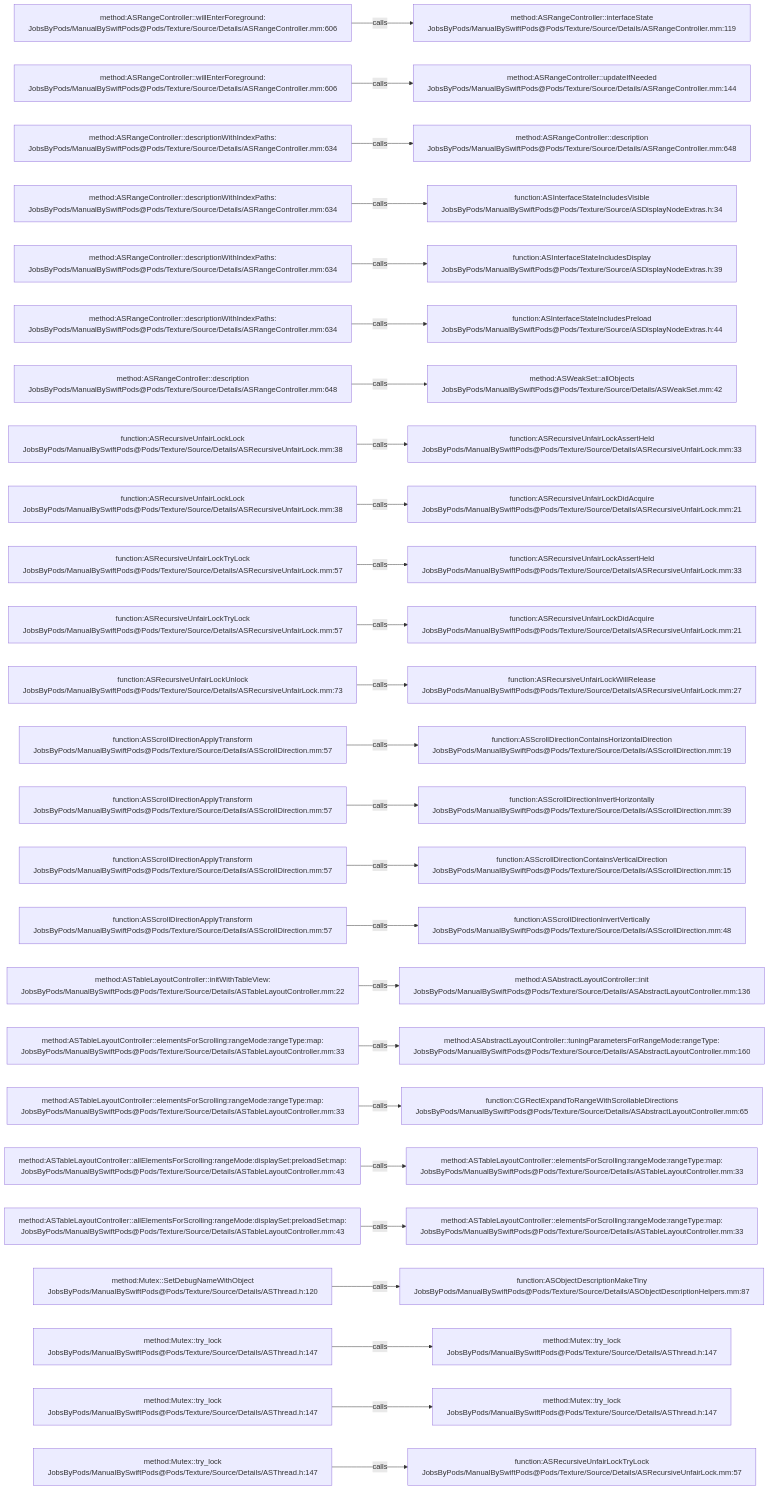
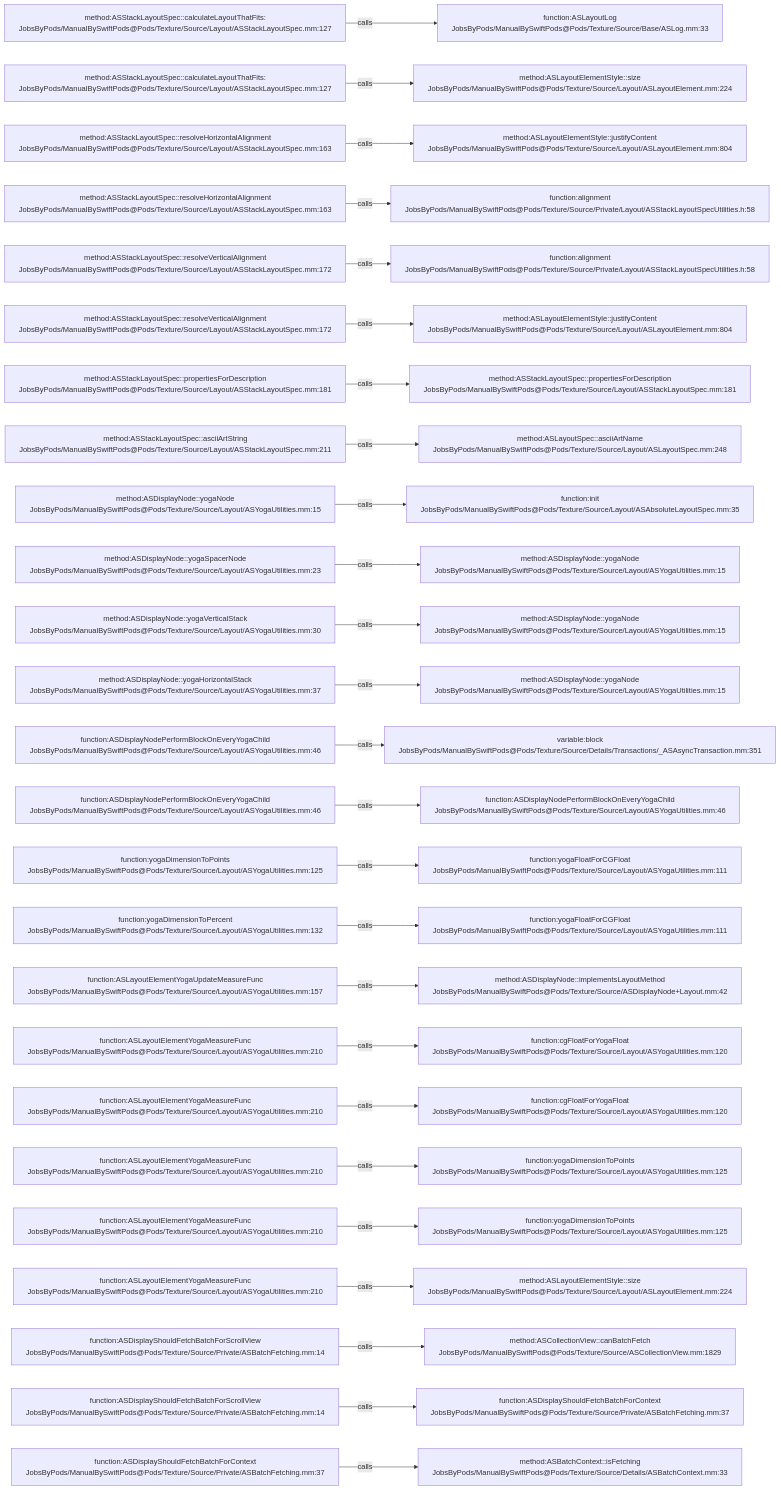
The diagram in .codegraph/codegraph.md/graphs/calls-114.md (JobsKits/JobsSwiftBaseConfigDemo), drawn with Mermaid before and after one commit. The commit also changed 832 other files, not shown here.

````diff
--- a/.codegraph/codegraph.md/graphs/calls-114.md
+++ b/.codegraph/codegraph.md/graphs/calls-114.md
@@ -13,78 +13,78 @@
 ```mermaid
 flowchart LR
-  S1["method:ASRangeController::willEnterForeground:<br/>JobsByPods/ManualBySwiftPods@Pods/Texture/Source/Details/ASRangeController.mm:606"]
-  T1["method:ASRangeController::interfaceState<br/>JobsByPods/ManualBySwiftPods@Pods/Texture/Source/Details/ASRangeController.mm:119"]
+  S1["method:ASStackLayoutSpec::calculateLayoutThatFits:<br/>JobsByPods/ManualBySwiftPods@Pods/Texture/Source/Layout/ASStackLayoutSpec.mm:127"]
+  T1["function:ASLayoutLog<br/>JobsByPods/ManualBySwiftPods@Pods/Texture/Source/Base/ASLog.mm:33"]
   S1 -->|calls| T1
-  S2["method:ASRangeController::willEnterForeground:<br/>JobsByPods/ManualBySwiftPods@Pods/Texture/Source/Details/ASRangeController.mm:606"]
-  T2["method:ASRangeController::updateIfNeeded<br/>JobsByPods/ManualBySwiftPods@Pods/Texture/Source/Details/ASRangeController.mm:144"]
+  S2["method:ASStackLayoutSpec::calculateLayoutThatFits:<br/>JobsByPods/ManualBySwiftPods@Pods/Texture/Source/Layout/ASStackLayoutSpec.mm:127"]
+  T2["method:ASLayoutElementStyle::size<br/>JobsByPods/ManualBySwiftPods@Pods/Texture/Source/Layout/ASLayoutElement.mm:224"]
   S2 -->|calls| T2
-  S3["method:ASRangeController::descriptionWithIndexPaths:<br/>JobsByPods/ManualBySwiftPods@Pods/Texture/Source/Details/ASRangeController.mm:634"]
-  T3["method:ASRangeController::description<br/>JobsByPods/ManualBySwiftPods@Pods/Texture/Source/Details/ASRangeController.mm:648"]
+  S3["method:ASStackLayoutSpec::resolveHorizontalAlignment<br/>JobsByPods/ManualBySwiftPods@Pods/Texture/Source/Layout/ASStackLayoutSpec.mm:163"]
+  T3["method:ASLayoutElementStyle::justifyContent<br/>JobsByPods/ManualBySwiftPods@Pods/Texture/Source/Layout/ASLayoutElement.mm:804"]
   S3 -->|calls| T3
-  S4["method:ASRangeController::descriptionWithIndexPaths:<br/>JobsByPods/ManualBySwiftPods@Pods/Texture/Source/Details/ASRangeController.mm:634"]
-  T4["function:ASInterfaceStateIncludesVisible<br/>JobsByPods/ManualBySwiftPods@Pods/Texture/Source/ASDisplayNodeExtras.h:34"]
+  S4["method:ASStackLayoutSpec::resolveHorizontalAlignment<br/>JobsByPods/ManualBySwiftPods@Pods/Texture/Source/Layout/ASStackLayoutSpec.mm:163"]
+  T4["function:alignment<br/>JobsByPods/ManualBySwiftPods@Pods/Texture/Source/Private/Layout/ASStackLayoutSpecUtilities.h:58"]
   S4 -->|calls| T4
-  S5["method:ASRangeController::descriptionWithIndexPaths:<br/>JobsByPods/ManualBySwiftPods@Pods/Texture/Source/Details/ASRangeController.mm:634"]
-  T5["function:ASInterfaceStateIncludesDisplay<br/>JobsByPods/ManualBySwiftPods@Pods/Texture/Source/ASDisplayNodeExtras.h:39"]
+  S5["method:ASStackLayoutSpec::resolveVerticalAlignment<br/>JobsByPods/ManualBySwiftPods@Pods/Texture/Source/Layout/ASStackLayoutSpec.mm:172"]
+  T5["function:alignment<br/>JobsByPods/ManualBySwiftPods@Pods/Texture/Source/Private/Layout/ASStackLayoutSpecUtilities.h:58"]
   S5 -->|calls| T5
-  S6["method:ASRangeController::descriptionWithIndexPaths:<br/>JobsByPods/ManualBySwiftPods@Pods/Texture/Source/Details/ASRangeController.mm:634"]
-  T6["function:ASInterfaceStateIncludesPreload<br/>JobsByPods/ManualBySwiftPods@Pods/Texture/Source/ASDisplayNodeExtras.h:44"]
+  S6["method:ASStackLayoutSpec::resolveVerticalAlignment<br/>JobsByPods/ManualBySwiftPods@Pods/Texture/Source/Layout/ASStackLayoutSpec.mm:172"]
+  T6["method:ASLayoutElementStyle::justifyContent<br/>JobsByPods/ManualBySwiftPods@Pods/Texture/Source/Layout/ASLayoutElement.mm:804"]
   S6 -->|calls| T6
-  S7["method:ASRangeController::description<br/>JobsByPods/ManualBySwiftPods@Pods/Texture/Source/Details/ASRangeController.mm:648"]
-  T7["method:ASWeakSet::allObjects<br/>JobsByPods/ManualBySwiftPods@Pods/Texture/Source/Details/ASWeakSet.mm:42"]
+  S7["method:ASStackLayoutSpec::propertiesForDescription<br/>JobsByPods/ManualBySwiftPods@Pods/Texture/Source/Layout/ASStackLayoutSpec.mm:181"]
+  T7["method:ASStackLayoutSpec::propertiesForDescription<br/>JobsByPods/ManualBySwiftPods@Pods/Texture/Source/Layout/ASStackLayoutSpec.mm:181"]
   S7 -->|calls| T7
-  S8["function:ASRecursiveUnfairLockLock<br/>JobsByPods/ManualBySwiftPods@Pods/Texture/Source/Details/ASRecursiveUnfairLock.mm:38"]
-  T8["function:ASRecursiveUnfairLockAssertHeld<br/>JobsByPods/ManualBySwiftPods@Pods/Texture/Source/Details/ASRecursiveUnfairLock.mm:33"]
+  S8["method:ASStackLayoutSpec::asciiArtString<br/>JobsByPods/ManualBySwiftPods@Pods/Texture/Source/Layout/ASStackLayoutSpec.mm:211"]
+  T8["method:ASLayoutSpec::asciiArtName<br/>JobsByPods/ManualBySwiftPods@Pods/Texture/Source/Layout/ASLayoutSpec.mm:248"]
   S8 -->|calls| T8
-  S9["function:ASRecursiveUnfairLockLock<br/>JobsByPods/ManualBySwiftPods@Pods/Texture/Source/Details/ASRecursiveUnfairLock.mm:38"]
-  T9["function:ASRecursiveUnfairLockDidAcquire<br/>JobsByPods/ManualBySwiftPods@Pods/Texture/Source/Details/ASRecursiveUnfairLock.mm:21"]
+  S9["method:ASDisplayNode::yogaNode<br/>JobsByPods/ManualBySwiftPods@Pods/Texture/Source/Layout/ASYogaUtilities.mm:15"]
+  T9["function:init<br/>JobsByPods/ManualBySwiftPods@Pods/Texture/Source/Layout/ASAbsoluteLayoutSpec.mm:35"]
   S9 -->|calls| T9
-  S10["function:ASRecursiveUnfairLockTryLock<br/>JobsByPods/ManualBySwiftPods@Pods/Texture/Source/Details/ASRecursiveUnfairLock.mm:57"]
-  T10["function:ASRecursiveUnfairLockAssertHeld<br/>JobsByPods/ManualBySwiftPods@Pods/Texture/Source/Details/ASRecursiveUnfairLock.mm:33"]
+  S10["method:ASDisplayNode::yogaSpacerNode<br/>JobsByPods/ManualBySwiftPods@Pods/Texture/Source/Layout/ASYogaUtilities.mm:23"]
+  T10["method:ASDisplayNode::yogaNode<br/>JobsByPods/ManualBySwiftPods@Pods/Texture/Source/Layout/ASYogaUtilities.mm:15"]
   S10 -->|calls| T10
-  S11["function:ASRecursiveUnfairLockTryLock<br/>JobsByPods/ManualBySwiftPods@Pods/Texture/Source/Details/ASRecursiveUnfairLock.mm:57"]
-  T11["function:ASRecursiveUnfairLockDidAcquire<br/>JobsByPods/ManualBySwiftPods@Pods/Texture/Source/Details/ASRecursiveUnfairLock.mm:21"]
+  S11["method:ASDisplayNode::yogaVerticalStack<br/>JobsByPods/ManualBySwiftPods@Pods/Texture/Source/Layout/ASYogaUtilities.mm:30"]
+  T11["method:ASDisplayNode::yogaNode<br/>JobsByPods/ManualBySwiftPods@Pods/Texture/Source/Layout/ASYogaUtilities.mm:15"]
   S11 -->|calls| T11
-  S12["function:ASRecursiveUnfairLockUnlock<br/>JobsByPods/ManualBySwiftPods@Pods/Texture/Source/Details/ASRecursiveUnfairLock.mm:73"]
-  T12["function:ASRecursiveUnfairLockWillRelease<br/>JobsByPods/ManualBySwiftPods@Pods/Texture/Source/Details/ASRecursiveUnfairLock.mm:27"]
+  S12["method:ASDisplayNode::yogaHorizontalStack<br/>JobsByPods/ManualBySwiftPods@Pods/Texture/Source/Layout/ASYogaUtilities.mm:37"]
+  T12["method:ASDisplayNode::yogaNode<br/>JobsByPods/ManualBySwiftPods@Pods/Texture/Source/Layout/ASYogaUtilities.mm:15"]
   S12 -->|calls| T12
-  S13["function:ASScrollDirectionApplyTransform<br/>JobsByPods/ManualBySwiftPods@Pods/Texture/Source/Details/ASScrollDirection.mm:57"]
-  T13["function:ASScrollDirectionContainsHorizontalDirection<br/>JobsByPods/ManualBySwiftPods@Pods/Texture/Source/Details/ASScrollDirection.mm:19"]
+  S13["function:ASDisplayNodePerformBlockOnEveryYogaChild<br/>JobsByPods/ManualBySwiftPods@Pods/Texture/Source/Layout/ASYogaUtilities.mm:46"]
+  T13["variable:block<br/>JobsByPods/ManualBySwiftPods@Pods/Texture/Source/Details/Transactions/_ASAsyncTransaction.mm:351"]
   S13 -->|calls| T13
-  S14["function:ASScrollDirectionApplyTransform<br/>JobsByPods/ManualBySwiftPods@Pods/Texture/Source/Details/ASScrollDirection.mm:57"]
-  T14["function:ASScrollDirectionInvertHorizontally<br/>JobsByPods/ManualBySwiftPods@Pods/Texture/Source/Details/ASScrollDirection.mm:39"]
+  S14["function:ASDisplayNodePerformBlockOnEveryYogaChild<br/>JobsByPods/ManualBySwiftPods@Pods/Texture/Source/Layout/ASYogaUtilities.mm:46"]
+  T14["function:ASDisplayNodePerformBlockOnEveryYogaChild<br/>JobsByPods/ManualBySwiftPods@Pods/Texture/Source/Layout/ASYogaUtilities.mm:46"]
   S14 -->|calls| T14
-  S15["function:ASScrollDirectionApplyTransform<br/>JobsByPods/ManualBySwiftPods@Pods/Texture/Source/Details/ASScrollDirection.mm:57"]
-  T15["function:ASScrollDirectionContainsVerticalDirection<br/>JobsByPods/ManualBySwiftPods@Pods/Texture/Source/Details/ASScrollDirection.mm:15"]
+  S15["function:yogaDimensionToPoints<br/>JobsByPods/ManualBySwiftPods@Pods/Texture/Source/Layout/ASYogaUtilities.mm:125"]
+  T15["function:yogaFloatForCGFloat<br/>JobsByPods/ManualBySwiftPods@Pods/Texture/Source/Layout/ASYogaUtilities.mm:111"]
   S15 -->|calls| T15
-  S16["function:ASScrollDirectionApplyTransform<br/>JobsByPods/ManualBySwiftPods@Pods/Texture/Source/Details/ASScrollDirection.mm:57"]
-  T16["function:ASScrollDirectionInvertVertically<br/>JobsByPods/ManualBySwiftPods@Pods/Texture/Source/Details/ASScrollDirection.mm:48"]
+  S16["function:yogaDimensionToPercent<br/>JobsByPods/ManualBySwiftPods@Pods/Texture/Source/Layout/ASYogaUtilities.mm:132"]
+  T16["function:yogaFloatForCGFloat<br/>JobsByPods/ManualBySwiftPods@Pods/Texture/Source/Layout/ASYogaUtilities.mm:111"]
   S16 -->|calls| T16
-  S17["method:ASTableLayoutController::initWithTableView:<br/>JobsByPods/ManualBySwiftPods@Pods/Texture/Source/Details/ASTableLayoutController.mm:22"]
-  T17["method:ASAbstractLayoutController::init<br/>JobsByPods/ManualBySwiftPods@Pods/Texture/Source/Details/ASAbstractLayoutController.mm:136"]
+  S17["function:ASLayoutElementYogaUpdateMeasureFunc<br/>JobsByPods/ManualBySwiftPods@Pods/Texture/Source/Layout/ASYogaUtilities.mm:157"]
+  T17["method:ASDisplayNode::implementsLayoutMethod<br/>JobsByPods/ManualBySwiftPods@Pods/Texture/Source/ASDisplayNode+Layout.mm:42"]
   S17 -->|calls| T17
-  S18["method:ASTableLayoutController::elementsForScrolling:rangeMode:rangeType:map:<br/>JobsByPods/ManualBySwiftPods@Pods/Texture/Source/Details/ASTableLayoutController.mm:33"]
-  T18["method:ASAbstractLayoutController::tuningParametersForRangeMode:rangeType:<br/>JobsByPods/ManualBySwiftPods@Pods/Texture/Source/Details/ASAbstractLayoutController.mm:160"]
+  S18["function:ASLayoutElementYogaMeasureFunc<br/>JobsByPods/ManualBySwiftPods@Pods/Texture/Source/Layout/ASYogaUtilities.mm:210"]
+  T18["function:cgFloatForYogaFloat<br/>JobsByPods/ManualBySwiftPods@Pods/Texture/Source/Layout/ASYogaUtilities.mm:120"]
   S18 -->|calls| T18
-  S19["method:ASTableLayoutController::elementsForScrolling:rangeMode:rangeType:map:<br/>JobsByPods/ManualBySwiftPods@Pods/Texture/Source/Details/ASTableLayoutController.mm:33"]
-  T19["function:CGRectExpandToRangeWithScrollableDirections<br/>JobsByPods/ManualBySwiftPods@Pods/Texture/Source/Details/ASAbstractLayoutController.mm:65"]
+  S19["function:ASLayoutElementYogaMeasureFunc<br/>JobsByPods/ManualBySwiftPods@Pods/Texture/Source/Layout/ASYogaUtilities.mm:210"]
+  T19["function:cgFloatForYogaFloat<br/>JobsByPods/ManualBySwiftPods@Pods/Texture/Source/Layout/ASYogaUtilities.mm:120"]
   S19 -->|calls| T19
-  S20["method:ASTableLayoutController::allElementsForScrolling:rangeMode:displaySet:preloadSet:map:<br/>JobsByPods/ManualBySwiftPods@Pods/Texture/Source/Details/ASTableLayoutController.mm:43"]
-  T20["method:ASTableLayoutController::elementsForScrolling:rangeMode:rangeType:map:<br/>JobsByPods/ManualBySwiftPods@Pods/Texture/Source/Details/ASTableLayoutController.mm:33"]
+  S20["function:ASLayoutElementYogaMeasureFunc<br/>JobsByPods/ManualBySwiftPods@Pods/Texture/Source/Layout/ASYogaUtilities.mm:210"]
+  T20["function:yogaDimensionToPoints<br/>JobsByPods/ManualBySwiftPods@Pods/Texture/Source/Layout/ASYogaUtilities.mm:125"]
   S20 -->|calls| T20
-  S21["method:ASTableLayoutController::allElementsForScrolling:rangeMode:displaySet:preloadSet:map:<br/>JobsByPods/ManualBySwiftPods@Pods/Texture/Source/Details/ASTableLayoutController.mm:43"]
-  T21["method:ASTableLayoutController::elementsForScrolling:rangeMode:rangeType:map:<br/>JobsByPods/ManualBySwiftPods@Pods/Texture/Source/Details/ASTableLayoutController.mm:33"]
+  S21["function:ASLayoutElementYogaMeasureFunc<br/>JobsByPods/ManualBySwiftPods@Pods/Texture/Source/Layout/ASYogaUtilities.mm:210"]
+  T21["function:yogaDimensionToPoints<br/>JobsByPods/ManualBySwiftPods@Pods/Texture/Source/Layout/ASYogaUtilities.mm:125"]
   S21 -->|calls| T21
-  S22["method:Mutex::SetDebugNameWithObject<br/>JobsByPods/ManualBySwiftPods@Pods/Texture/Source/Details/ASThread.h:120"]
-  T22["function:ASObjectDescriptionMakeTiny<br/>JobsByPods/ManualBySwiftPods@Pods/Texture/Source/Details/ASObjectDescriptionHelpers.mm:87"]
+  S22["function:ASLayoutElementYogaMeasureFunc<br/>JobsByPods/ManualBySwiftPods@Pods/Texture/Source/Layout/ASYogaUtilities.mm:210"]
+  T22["method:ASLayoutElementStyle::size<br/>JobsByPods/ManualBySwiftPods@Pods/Texture/Source/Layout/ASLayoutElement.mm:224"]
   S22 -->|calls| T22
-  S23["method:Mutex::try_lock<br/>JobsByPods/ManualBySwiftPods@Pods/Texture/Source/Details/ASThread.h:147"]
-  T23["method:Mutex::try_lock<br/>JobsByPods/ManualBySwiftPods@Pods/Texture/Source/Details/ASThread.h:147"]
+  S23["function:ASDisplayShouldFetchBatchForScrollView<br/>JobsByPods/ManualBySwiftPods@Pods/Texture/Source/Private/ASBatchFetching.mm:14"]
+  T23["method:ASCollectionView::canBatchFetch<br/>JobsByPods/ManualBySwiftPods@Pods/Texture/Source/ASCollectionView.mm:1829"]
   S23 -->|calls| T23
-  S24["method:Mutex::try_lock<br/>JobsByPods/ManualBySwiftPods@Pods/Texture/Source/Details/ASThread.h:147"]
-  T24["method:Mutex::try_lock<br/>JobsByPods/ManualBySwiftPods@Pods/Texture/Source/Details/ASThread.h:147"]
+  S24["function:ASDisplayShouldFetchBatchForScrollView<br/>JobsByPods/ManualBySwiftPods@Pods/Texture/Source/Private/ASBatchFetching.mm:14"]
+  T24["function:ASDisplayShouldFetchBatchForContext<br/>JobsByPods/ManualBySwiftPods@Pods/Texture/Source/Private/ASBatchFetching.mm:37"]
   S24 -->|calls| T24
-  S25["method:Mutex::try_lock<br/>JobsByPods/ManualBySwiftPods@Pods/Texture/Source/Details/ASThread.h:147"]
-  T25["function:ASRecursiveUnfairLockTryLock<br/>JobsByPods/ManualBySwiftPods@Pods/Texture/Source/Details/ASRecursiveUnfairLock.mm:57"]
+  S25["function:ASDisplayShouldFetchBatchForContext<br/>JobsByPods/ManualBySwiftPods@Pods/Texture/Source/Private/ASBatchFetching.mm:37"]
+  T25["method:ASBatchContext::isFetching<br/>JobsByPods/ManualBySwiftPods@Pods/Texture/Source/Details/ASBatchContext.mm:33"]
   S25 -->|calls| T25
 ```
````
